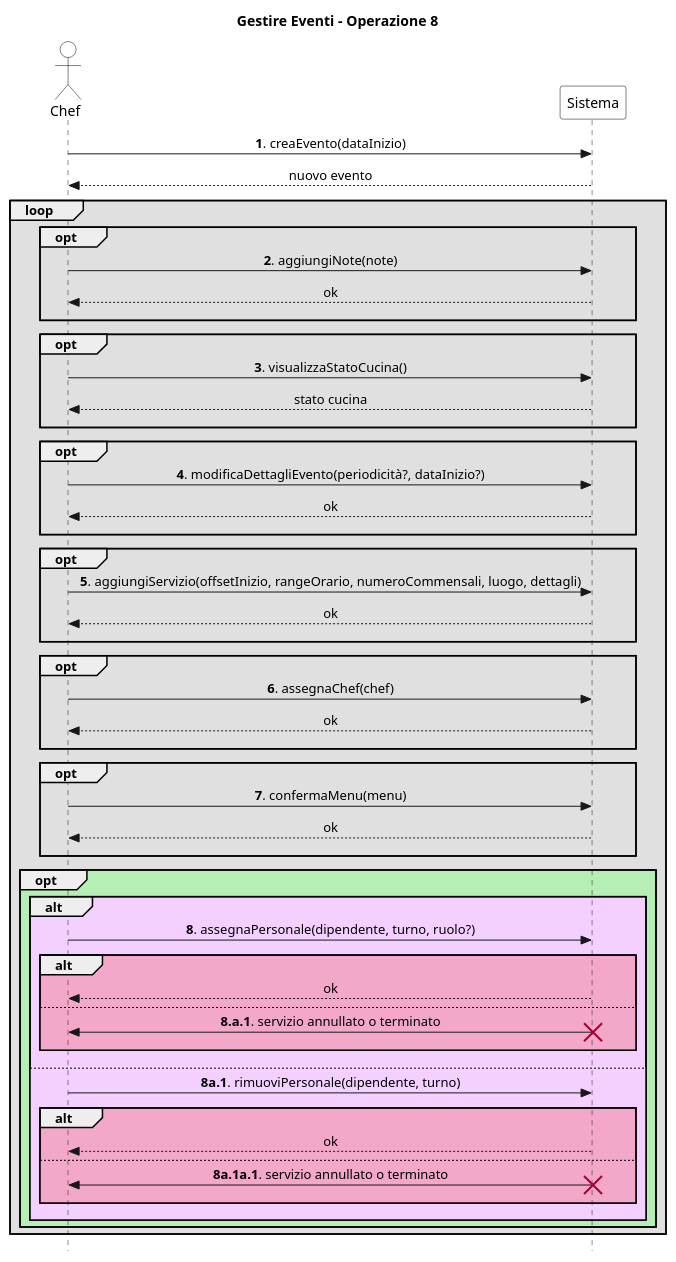
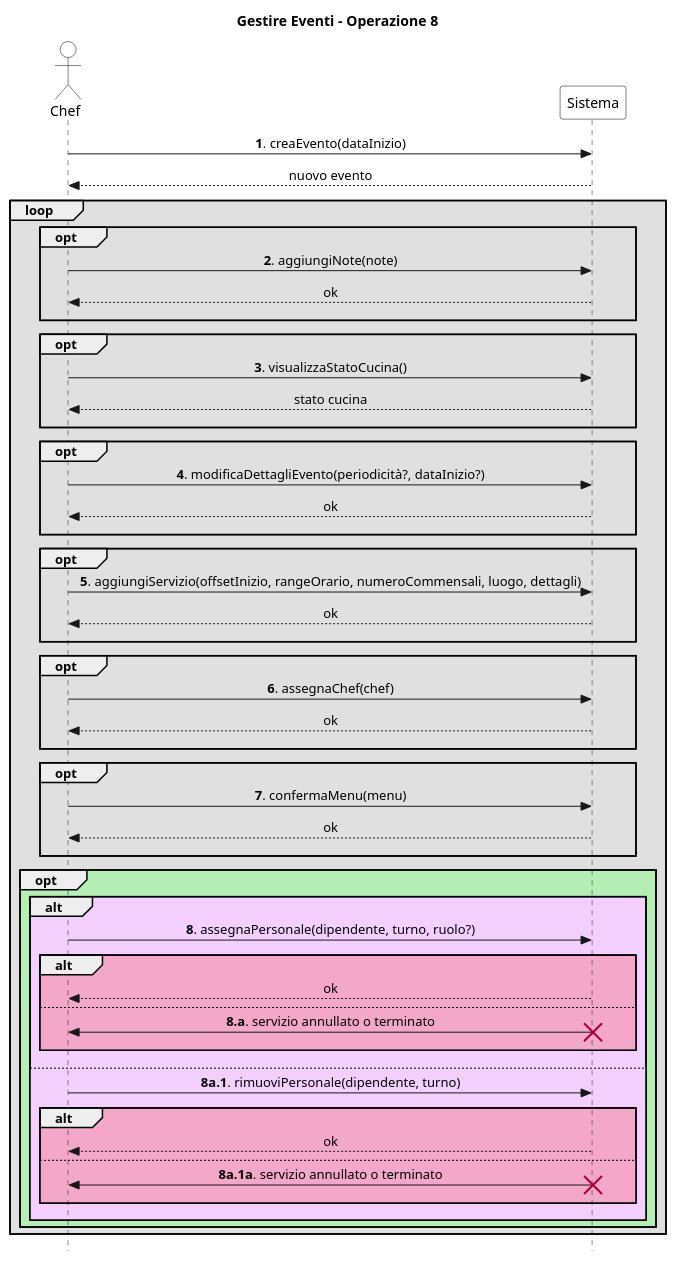
Before and after one commit to stefa168/sas-project: the diagram in UP/Requisiti/UC Gestire Eventi/SSD/Estensioni-Eccezioni Op8.puml, drawn with PlantUML. The commit also changed 3 other files, not shown here.

```diff
--- a/UP/Requisiti/UC Gestire Eventi/SSD/Estensioni-Eccezioni Op8.puml
+++ b/UP/Requisiti/UC Gestire Eventi/SSD/Estensioni-Eccezioni Op8.puml
@@ -1,81 +1,81 @@
 @startuml
 skinparam Style strictuml
 skinparam SequenceMessageAlign center
 
 skinparam sequence {
     ActorBorderColor Black
     ActorBackgroundColor White
     ParticipantBorderColor Black
     ParticipantBackgroundColor White
 }
 
 actor Chef
 participant Sistema
 
 title Gestire Eventi - Operazione 8
 
 Chef -> Sistema: **1**. creaEvento(dataInizio)
 return nuovo evento
 
 loop #e0e0e0
     opt #e0e0e0
         Chef -> Sistema: **2**. aggiungiNote(note)
         return ok
         ||10||
     end
 
     opt #e0e0e0
         Chef -> Sistema: **3**. visualizzaStatoCucina()
         return stato cucina
         ||10||
     end
 
     opt #e0e0e0
         Chef -> Sistema: **4**. modificaDettagliEvento(periodicità?, dataInizio?)
         return ok
         ||10||
     end
 
     opt #e0e0e0
         Chef -> Sistema: **5**. aggiungiServizio(offsetInizio, rangeOrario, numeroCommensali, luogo, dettagli)
         return ok
         ||10||
     end
 
     opt #e0e0e0
         Chef -> Sistema: **6**. assegnaChef(chef)
         return ok
         ||10||
     end
 
     opt #e0e0e0
         Chef -> Sistema: **7**. confermaMenu(menu)
         return ok
         ||10||
     end
 
     opt #b6efb6
         alt #f3d0ff
             Chef -> Sistema: **8**. assegnaPersonale(dipendente, turno, ruolo?)
             alt #f3a7c9
                 return ok
             else
-                Chef <- Sistema: **8.a.1**. servizio annullato o terminato
+                Chef <- Sistema: **8.a**. servizio annullato o terminato
                 destroy Sistema
                 ||10||
             end
             ||10||
         else
             Chef -> Sistema: **8a.1**. rimuoviPersonale(dipendente, turno)
             alt #f3a7c9
                 return ok
             else
-                Chef <- Sistema: **8a.1a.1**. servizio annullato o terminato
+                Chef <- Sistema: **8a.1a**. servizio annullato o terminato
                 destroy Sistema
                 ||10||
             end
             ||10||
         end
     end
 end
 @enduml
```
